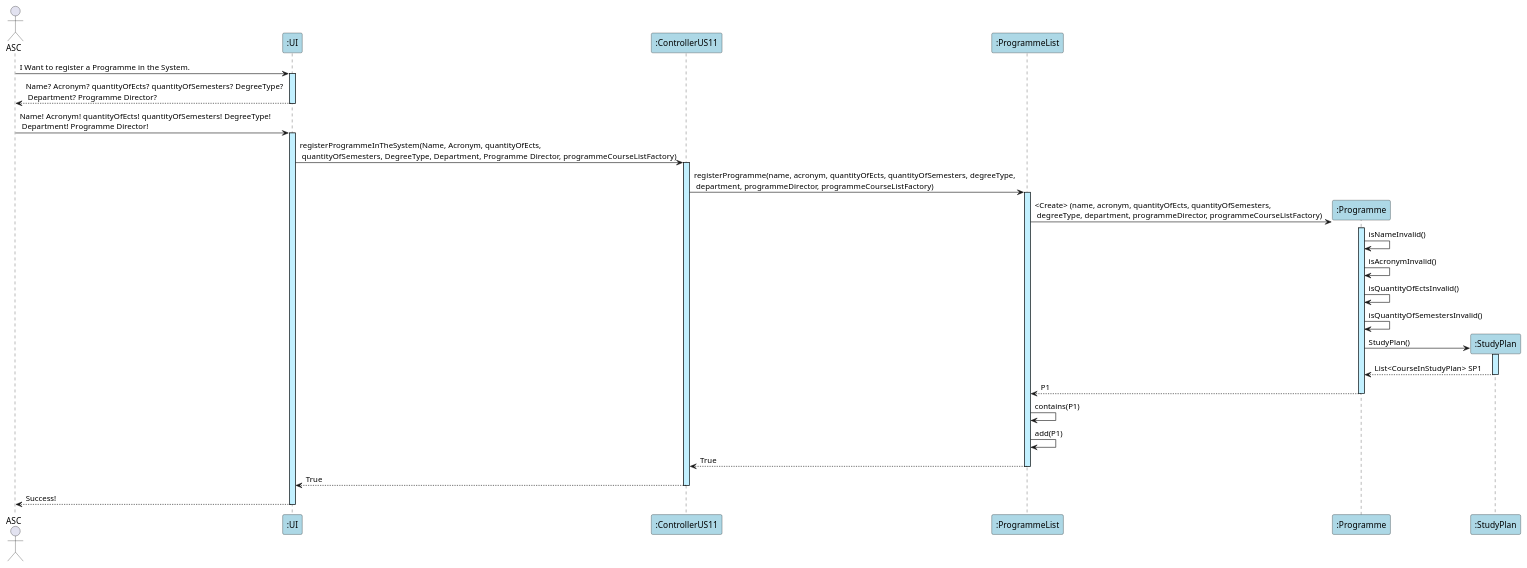
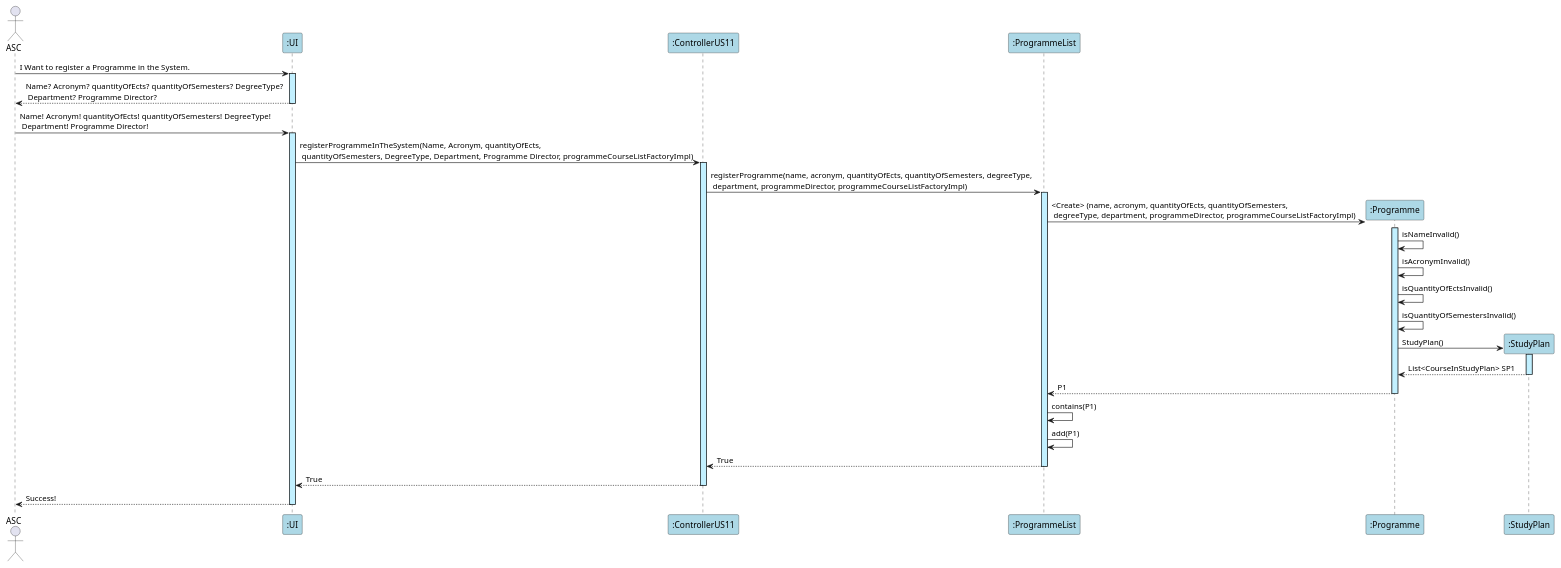
Before and after one commit to GasparISEP/DevOps-PAI: the diagram in docs/US11/US11_RegisterProgrammeInSystem.puml, drawn with PlantUML.

Commit message:
refactor: Update SD of US11 register programme in system

```diff
--- a/docs/US11/US11_RegisterProgrammeInSystem.puml
+++ b/docs/US11/US11_RegisterProgrammeInSystem.puml
@@ -1,36 +1,36 @@
 @startuml
 actor ASC as Admin
 
 participant ":UI" as UI #lightblue
 participant ":ControllerUS11" as C #lightblue
 participant ":ProgrammeList" as PL #lightblue
 
 
 Admin -> UI ++ #application : I Want to register a Programme in the System.
 UI --> Admin -- : Name? Acronym? quantityOfEcts? quantityOfSemesters?  DegreeType? \n Department? Programme Director?
 Admin -> UI ++ #application : Name! Acronym! quantityOfEcts! quantityOfSemesters!  DegreeType! \n Department! Programme Director!
-UI -> C ++ #application : registerProgrammeInTheSystem(Name, Acronym, quantityOfEcts, \n quantityOfSemesters,  DegreeType,  Department, Programme Director, programmeCourseListFactory)
-C -> PL ++ #application : registerProgramme(name, acronym, quantityOfEcts, quantityOfSemesters, degreeType, \n department, programmeDirector, programmeCourseListFactory)
+UI -> C ++ #application : registerProgrammeInTheSystem(Name, Acronym, quantityOfEcts, \n quantityOfSemesters,  DegreeType,  Department, Programme Director, programmeCourseListFactoryImpl)
+C -> PL ++ #application : registerProgramme(name, acronym, quantityOfEcts, quantityOfSemesters, degreeType, \n department, programmeDirector, programmeCourseListFactoryImpl)
 
 create ":Programme" as P #lightblue
-PL -> P ++ #application : <Create> (name, acronym, quantityOfEcts, quantityOfSemesters, \n degreeType, department, programmeDirector, programmeCourseListFactory)
+PL -> P ++ #application : <Create> (name, acronym, quantityOfEcts, quantityOfSemesters, \n degreeType, department, programmeDirector, programmeCourseListFactoryImpl)
 P -> P : isNameInvalid()
 P -> P : isAcronymInvalid()
 P -> P : isQuantityOfEctsInvalid()
 P -> P : isQuantityOfSemestersInvalid()
 
 create ":StudyPlan" as SP #lightblue
 P -> SP ++ #application : StudyPlan()
 SP --> P -- : List<CourseInStudyPlan> SP1
 
 P --> PL -- : P1
 
 PL -> PL : contains(P1)
 PL -> PL : add(P1)
 
 PL --> C -- : True
 C --> UI -- : True
 UI --> Admin -- : Success!
 
 
 @enduml
```
